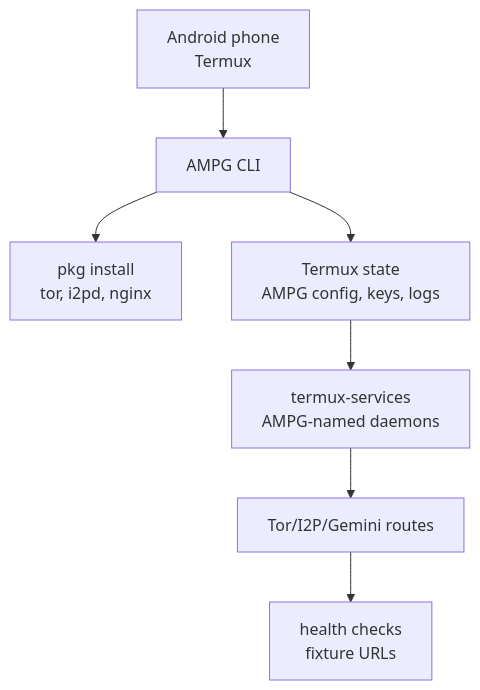
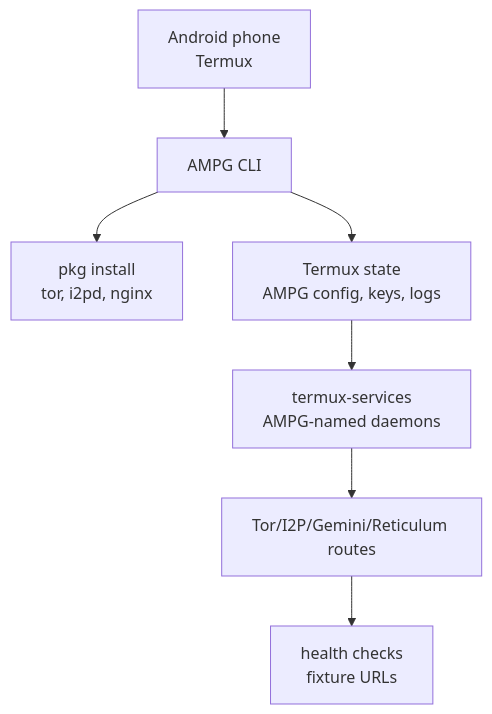
The sixth of 8 diagrams in docs/visual-guide.md (Such-Software/adaptive-multi-protocol-gateway), drawn with Mermaid before and after one commit. The commit also changed other lines of this file and 12 other files, not shown here.

Commit message:
Add DNS provider flow and demo site split

````diff
--- a/docs/visual-guide.md
+++ b/docs/visual-guide.md
@@ -143,17 +143,17 @@
 ```mermaid
 flowchart TB
   phone["Android phone<br/>Termux"]
   ampg["AMPG CLI"]
   pkg["pkg install<br/>tor, i2pd, nginx"]
   state["Termux state<br/>AMPG config, keys, logs"]
   services["termux-services<br/>AMPG-named daemons"]
-  transports["Tor/I2P/Gemini routes"]
+  transports["Tor/I2P/Gemini/Reticulum routes"]
   checks["health checks<br/>fixture URLs"]
 
   phone --> ampg
   ampg --> pkg
   ampg --> state
   state --> services
   services --> transports
   transports --> checks
 ```
````
